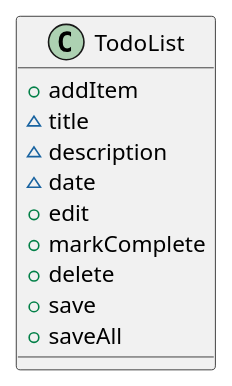
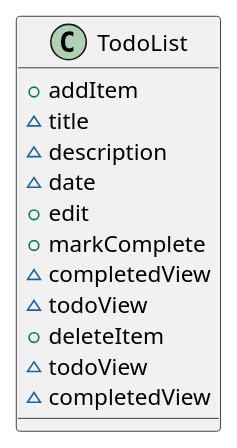
The diagram in TodoUML.puml (Ben-Phung/phung-cop3330-assignment4part2), drawn with PlantUML before and after one commit. The commit also changed 12 other files, not shown here.

```diff
--- a/TodoUML.puml
+++ b/TodoUML.puml
@@ -1,18 +1,21 @@
 @startuml
 'https://plantuml.com/class-diagram
 
 
 class TodoList {
     +addItem
     ~title
     ~description
     ~date
     +edit
     +markComplete
-    +delete
-    +save
-    +saveAll
+    ~completedView
+    ~todoView
+    +deleteItem
+    ~todoView
+    ~completedView
+
 }
 
 
 @enduml
```
